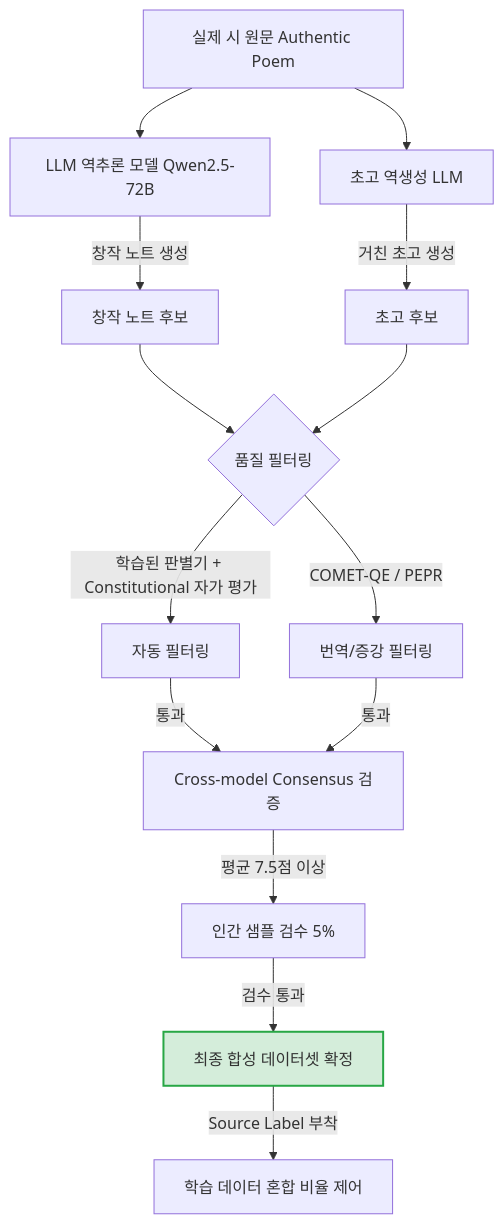
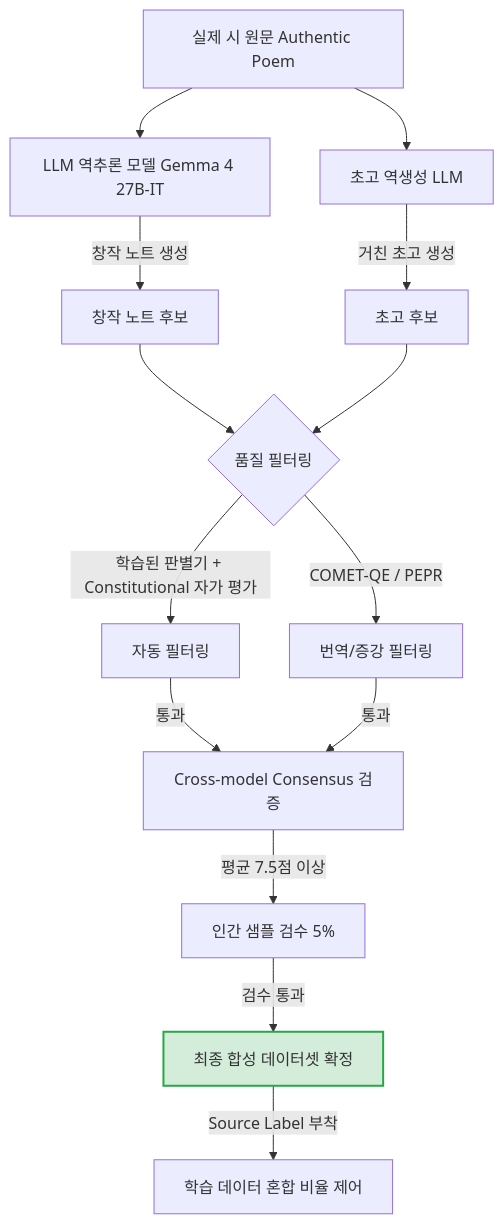
Before and after one commit to YiTanJang/poetry-llm: the diagram in poetry-llm/data/augmentation.md, drawn with Mermaid. The commit also changed other lines of this file and 21 other files, not shown here.

Commit message:
[model] Qwen2.5를 Gemma 4로 전역 교체 및 수정 제안 병합

````diff
--- a/poetry-llm/data/augmentation.md
+++ b/poetry-llm/data/augmentation.md
@@ -307,22 +307,22 @@
 ```mermaid
 graph TD
-    A[실제 시 원문 Authentic Poem] --> B[LLM 역추론 모델 Qwen2.5-72B]
+    A[실제 시 원문 Authentic Poem] --> B[LLM 역추론 모델 Gemma 4 27B-IT]
     B -->|창작 노트 생성| C[창작 노트 후보]
     A --> D[초고 역생성 LLM]
     D -->|거친 초고 생성| E[초고 후보]
 
     C --> F{품질 필터링}
     E --> F
 
     F -->|학습된 판별기 + Constitutional 자가 평가| G[자동 필터링]
     F -->|COMET-QE / PEPR| H[번역/증강 필터링]
 
     G -->|통과| I[Cross-model Consensus 검증]
     H -->|통과| I
 
     I -->|평균 7.5점 이상| J[인간 샘플 검수 5%]
     J -->|검수 통과| K[최종 합성 데이터셋 확정]
     K -->|Source Label 부착| L[학습 데이터 혼합 비율 제어]
 
     style K fill:#d4edda,stroke:#28a745,stroke-width:2px
 ```
````
